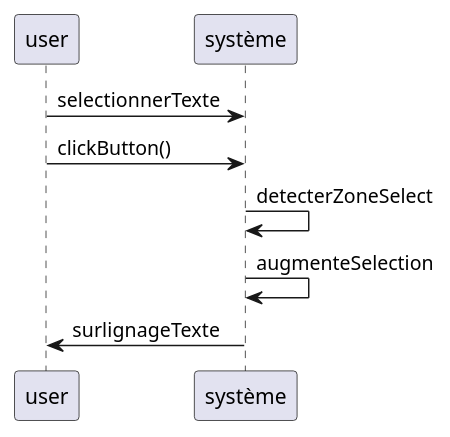
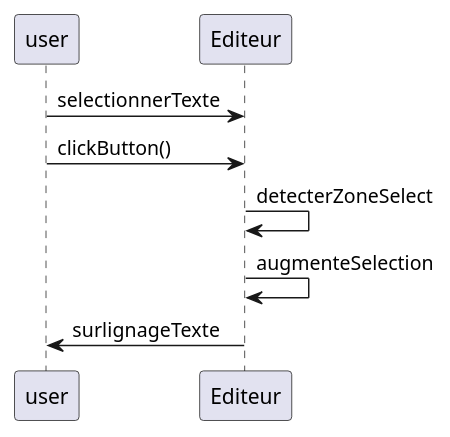
The sixth of 10 diagrams in Readme.md (kiurow590/ESIR2_OMD_Project_Editor), drawn with PlantUML before and after one commit. The commit also changed other lines of this file and 6 other files, not shown here.

Commit message:
Mise a jour du readme avec ajout de la V1 + image et correction des diagramme + ajout de la V2 avec diag mais en attente de rediscussion

````diff
--- a/Readme.md
+++ b/Readme.md
@@ -236,10 +242,10 @@
 ```plantuml
 @startuml
 'https://plantuml.com/sequence-diagram
-user -> système: selectionnerTexte
-user -> système: clickButton()
-système -> système: detecterZoneSelect
-système -> système: augmenteSelection
-système -> user: surlignageTexte
+user -> Editeur: selectionnerTexte
+user -> Editeur: clickButton()
+Editeur -> Editeur: detecterZoneSelect
+Editeur -> Editeur: augmenteSelection
+Editeur -> user: surlignageTexte
 @enduml
 ```
````
